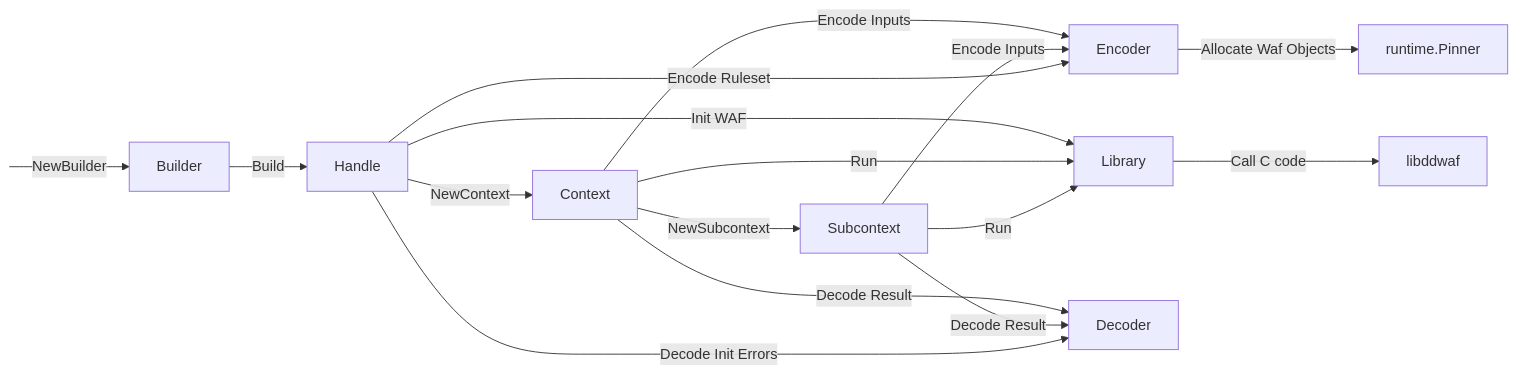
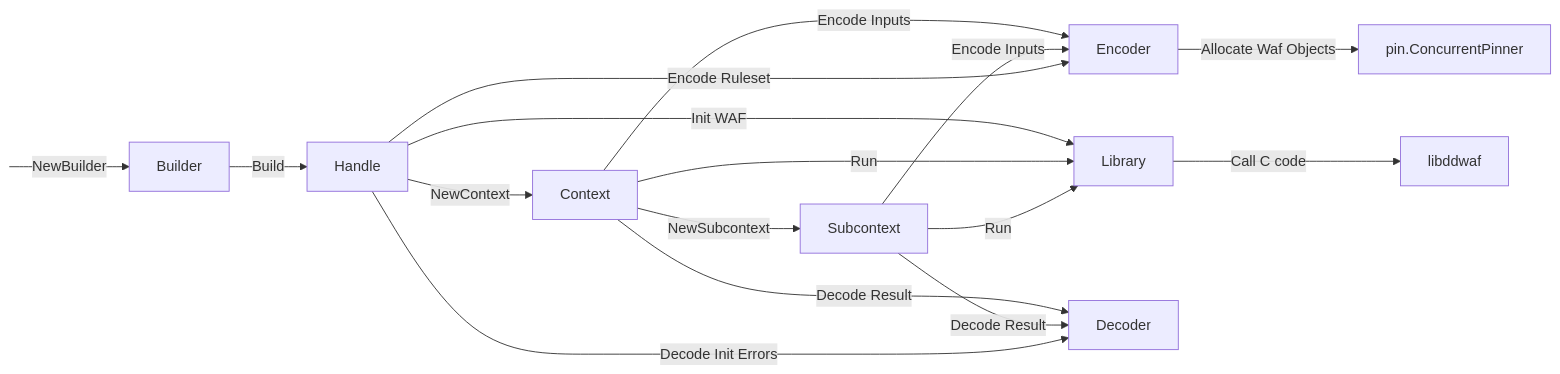
One commit to DataDog/go-libddwaf changed the diagram in README.md. Above: the diagram before and after it, drawn with Mermaid. The commit also changed other lines of this file, not shown here.

First line of the commit message:
docs(readme): document Context/Subcontext split and corrected pinner prose

````diff
--- a/README.md
+++ b/README.md
@@ -156,25 +158,25 @@
 ```mermaid
 flowchart LR
     START:::hidden -->|NewBuilder| Builder -->|Build| Handle
 
     Handle -->|NewContext| Context
     Context -->|NewSubcontext| Subcontext
 
     Context -->|Encode Inputs| Encoder
     Subcontext -->|Encode Inputs| Encoder
 
     Handle -->|Encode Ruleset| Encoder
     Handle -->|Init WAF| Library
     Context -->|Decode Result| Decoder
     Subcontext -->|Decode Result| Decoder
 
     Handle -->|Decode Init Errors| Decoder
 
     Context -->|Run| Library
     Subcontext -->|Run| Library
-    Encoder -->|Allocate Waf Objects| runtime.Pinner
+    Encoder -->|Allocate Waf Objects| pin.ConcurrentPinner
 
     Library -->|Call C code| libddwaf
 
     classDef hidden display: none;
 ```
````
